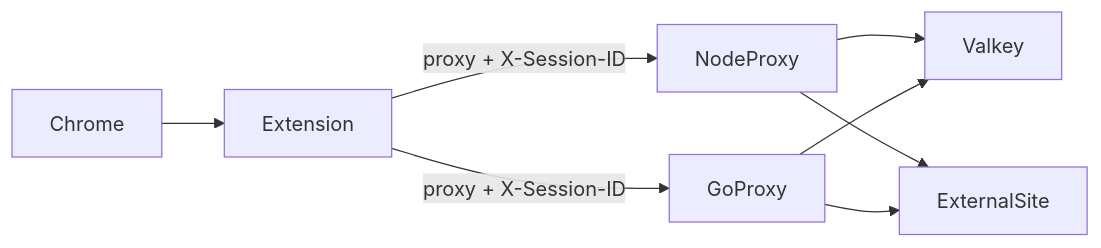
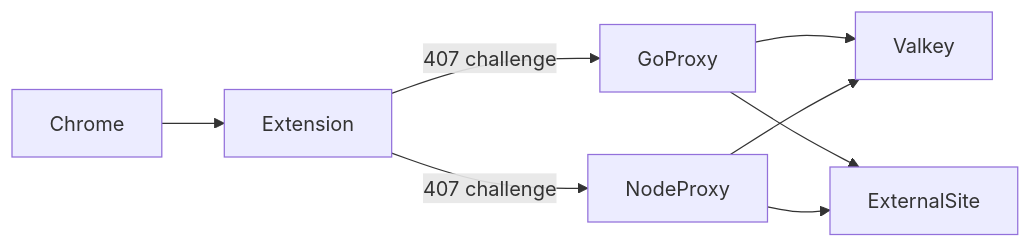
Before and after one commit to YiRongTeo/forward-proxy-project: the diagram in README.md, drawn with Mermaid. The commit also changed other lines of this file and 37 other files, not shown here.

First line of the commit message:
Restore 407 proxy auth and existence-only Valkey domain keys (#9)

````diff
--- a/README.md
+++ b/README.md
@@ -18,10 +26,10 @@
 ```mermaid
 flowchart LR
   Chrome --> Extension
-  Extension -->|"proxy + X-Session-ID"| NodeProxy
-  Extension -->|"proxy + X-Session-ID"| GoProxy
+  Extension -->|"407 challenge"| GoProxy
+  Extension -->|"407 challenge"| NodeProxy
+  GoProxy --> Valkey
   NodeProxy --> Valkey
-  GoProxy --> Valkey
+  GoProxy --> ExternalSite
   NodeProxy --> ExternalSite
-  GoProxy --> ExternalSite
 ```
````
